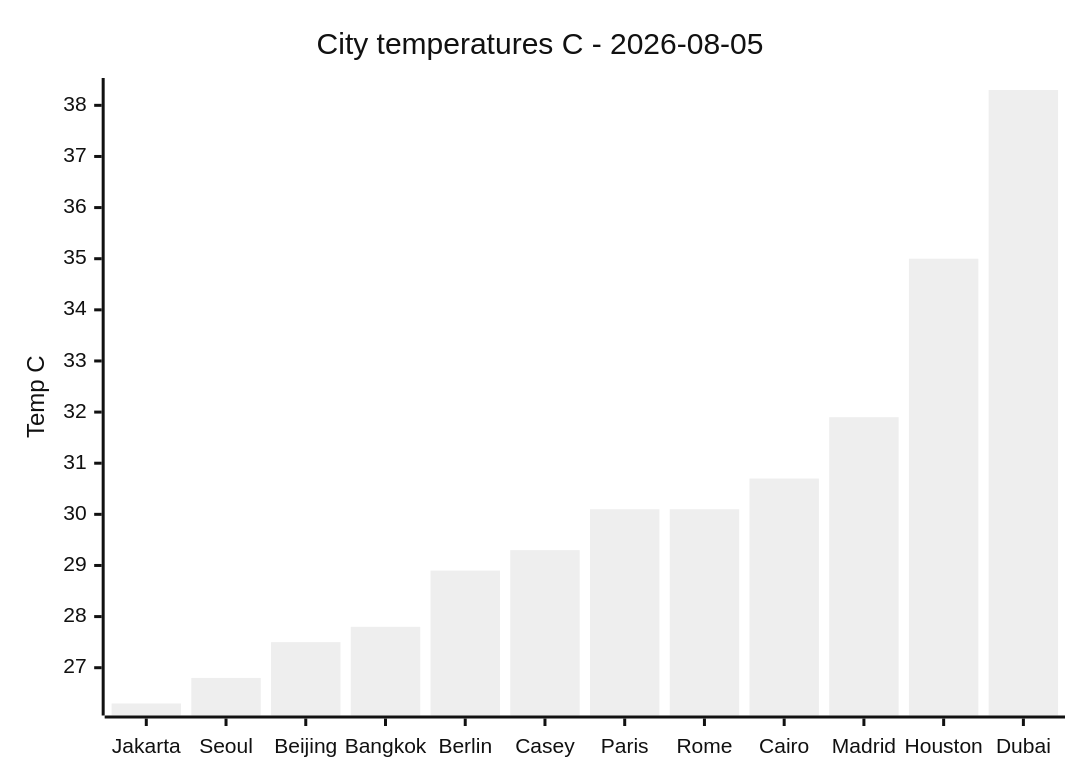
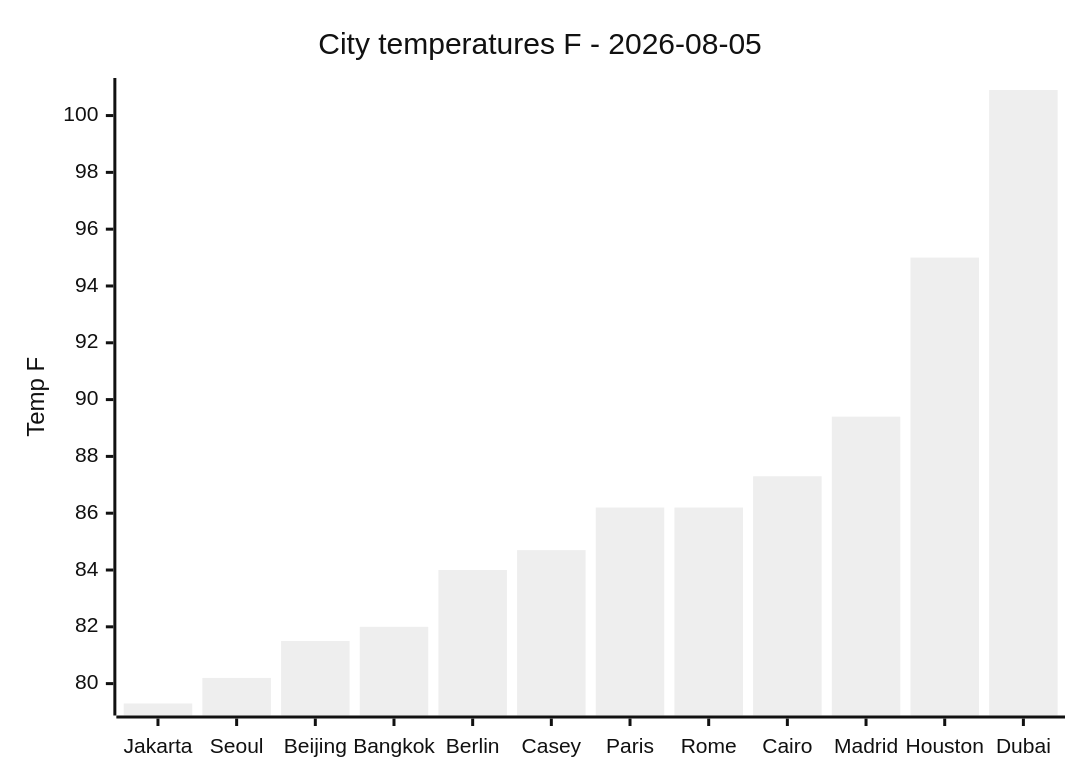
Before and after one commit to Midwest-Stratospheric/Unified-Open-Global-Weather: the second of 2 diagrams in visuals/2026-08-05/CHARTS.md, drawn with Mermaid (neutral theme). The commit also changed other lines of this file and 21 other files, not shown here.

Commit message:
data(visuals): automated charts 2026-08-05T06:05Z

````diff
--- a/visuals/2026-08-05/CHARTS.md
+++ b/visuals/2026-08-05/CHARTS.md
@@ -49,7 +49,7 @@
 ```mermaid
 xychart-beta
-  title "City temperatures C - 2026-08-05"
+  title "City temperatures F - 2026-08-05"
   x-axis ["Jakarta", "Seoul", "Beijing", "Bangkok", "Berlin", "Casey", "Paris", "Rome", "Cairo", "Madrid", "Houston", "Dubai"]
-  y-axis "Temp C"
-  bar [26.3, 26.8, 27.5, 27.8, 28.9, 29.3, 30.1, 30.1, 30.7, 31.9, 35.0, 38.3]
+  y-axis "Temp F"
+  bar [79.3, 80.2, 81.5, 82.0, 84.0, 84.7, 86.2, 86.2, 87.3, 89.4, 95.0, 100.9]
 ```
````
